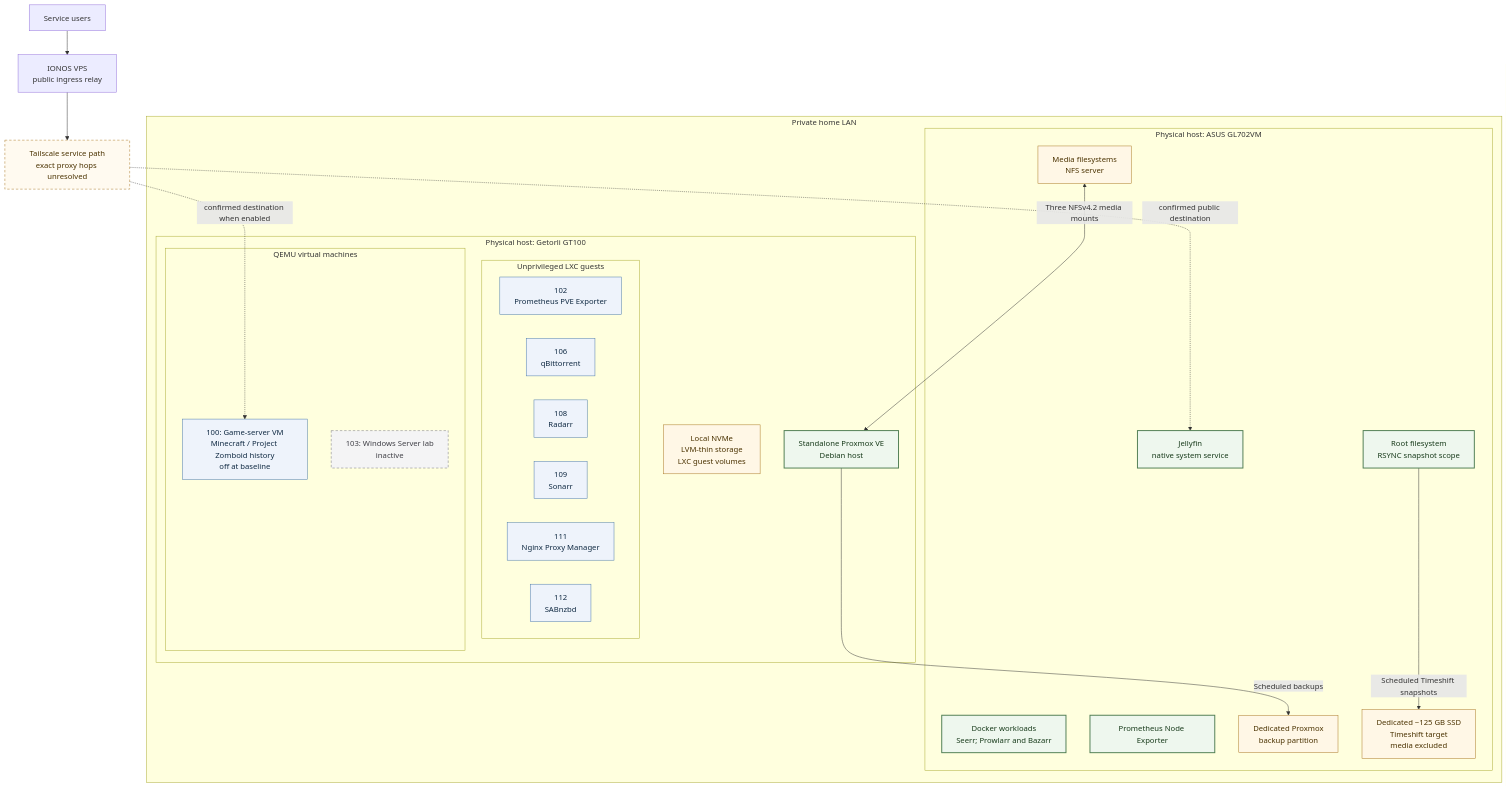
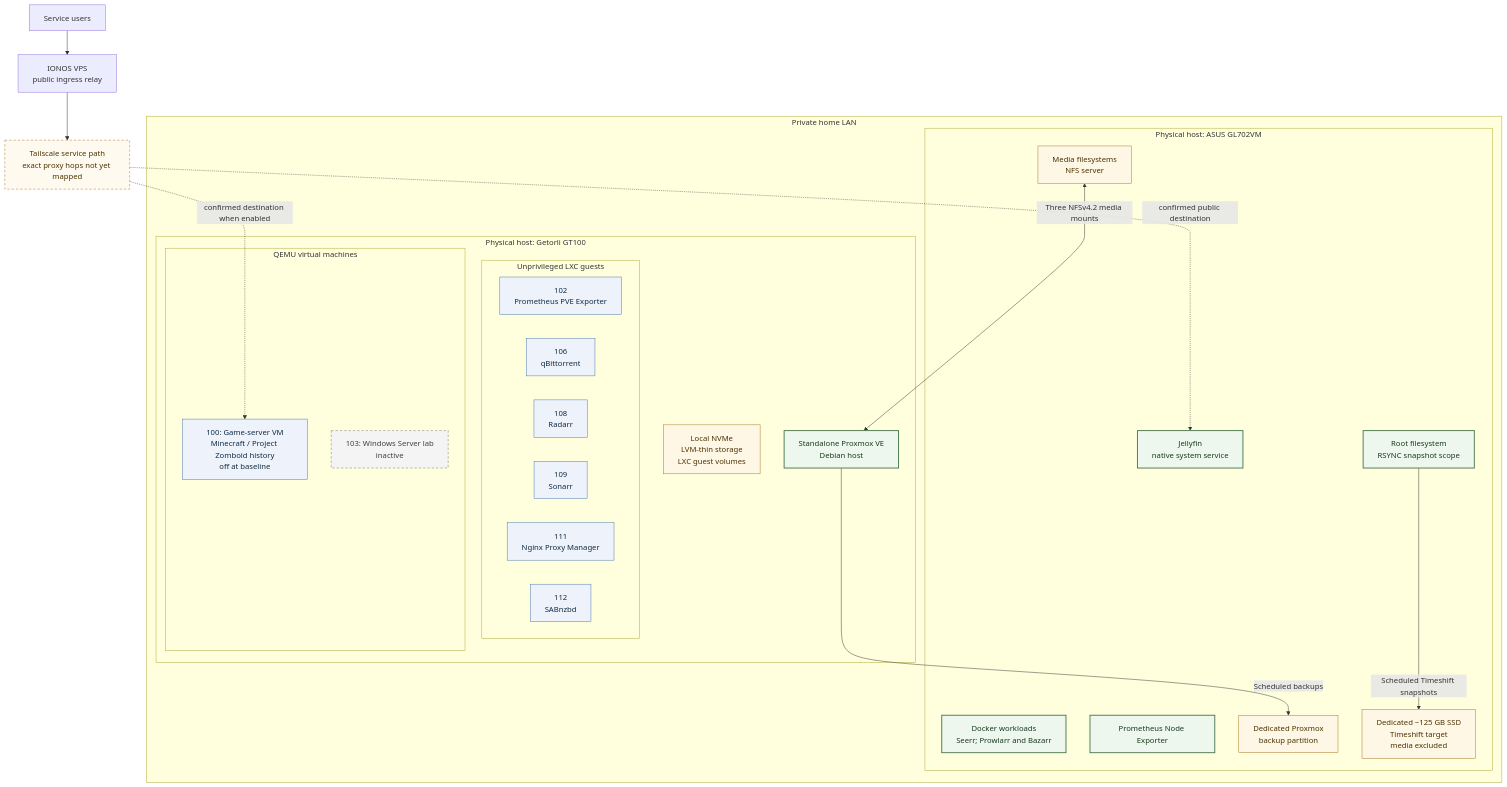
The diagram in architecture/overview.md (PCEWLKR/homeserver-infrastructure), drawn with Mermaid before and after one commit. The commit also changed other lines of this file and 12 other files, not shown here.

````diff
--- a/architecture/overview.md
+++ b/architecture/overview.md
@@ -11,59 +11,59 @@
 ```mermaid
 flowchart TB
     USERS["Service users"]
     VPS["IONOS VPS<br/>public ingress relay"]
-    PUBPATH["Tailscale service path<br/>exact proxy hops unresolved"]
+    PUBPATH["Tailscale service path<br/>exact proxy hops not yet mapped"]
 
     subgraph LAN["Private home LAN"]
         subgraph PVE["Physical host: Getorli GT100"]
             PVEHOST["Standalone Proxmox VE<br/>Debian host"]
 
             subgraph LXCS["Unprivileged LXC guests"]
                 L102["102<br/>Prometheus PVE Exporter"]
                 L106["106<br/>qBittorrent"]
                 L108["108<br/>Radarr"]
                 L109["109<br/>Sonarr"]
                 L111["111<br/>Nginx Proxy Manager"]
                 L112["112<br/>SABnzbd"]
             end
 
             subgraph VMS["QEMU virtual machines"]
                 VM100["100: Game-server VM<br/>Minecraft / Project Zomboid history<br/>off at baseline"]
                 VM103["103: Windows Server lab<br/>inactive"]
             end
 
             PVELOCAL["Local NVMe<br/>LVM-thin storage<br/>LXC guest volumes"]
         end
 
         subgraph JHOST["Physical host: ASUS GL702VM"]
             JELLY["Jellyfin<br/>native system service"]
             JDATA["Root filesystem<br/>RSYNC snapshot scope"]
             DOCKER["Docker workloads<br/>Seerr; Prowlarr and Bazarr"]
             NFS["Media filesystems<br/>NFS server"]
             NODE["Prometheus Node Exporter"]
             BACKUP["Dedicated Proxmox<br/>backup partition"]
             TSBACKUP["Dedicated ~125 GB SSD<br/>Timeshift target<br/>media excluded"]
         end
     end
 
     USERS --> VPS
     VPS --> PUBPATH
     PUBPATH -.->|"confirmed public destination"| JELLY
     PUBPATH -.->|"confirmed destination when enabled"| VM100
 
     NFS <-->|"Three NFSv4.2 media mounts"| PVEHOST
     PVEHOST -->|"Scheduled backups"| BACKUP
     JDATA -->|"Scheduled Timeshift snapshots"| TSBACKUP
 
     classDef physical fill:#eef7ee,stroke:#4f7d53,stroke-width:2px,color:#173a1a;
     classDef virtual fill:#eef3fb,stroke:#4777a8,color:#102a43;
     classDef storage fill:#fff7e6,stroke:#a87520,color:#4a3200;
     classDef inactive fill:#f4f4f5,stroke:#71717a,color:#3f3f46,stroke-dasharray:5 4;
-    classDef unresolved fill:#fffaf0,stroke:#a87520,color:#4a3200,stroke-dasharray:5 4;
+    classDef not_yet_mapped fill:#fffaf0,stroke:#a87520,color:#4a3200,stroke-dasharray:5 4;
 
     class PVEHOST,JELLY,JDATA,DOCKER,NODE physical;
     class L102,L106,L108,L109,L111,L112,VM100 virtual;
     class VM103 inactive;
-    class PUBPATH unresolved;
+    class PUBPATH not_yet_mapped;
     class PVELOCAL,NFS,BACKUP,TSBACKUP storage;
 ```
````
